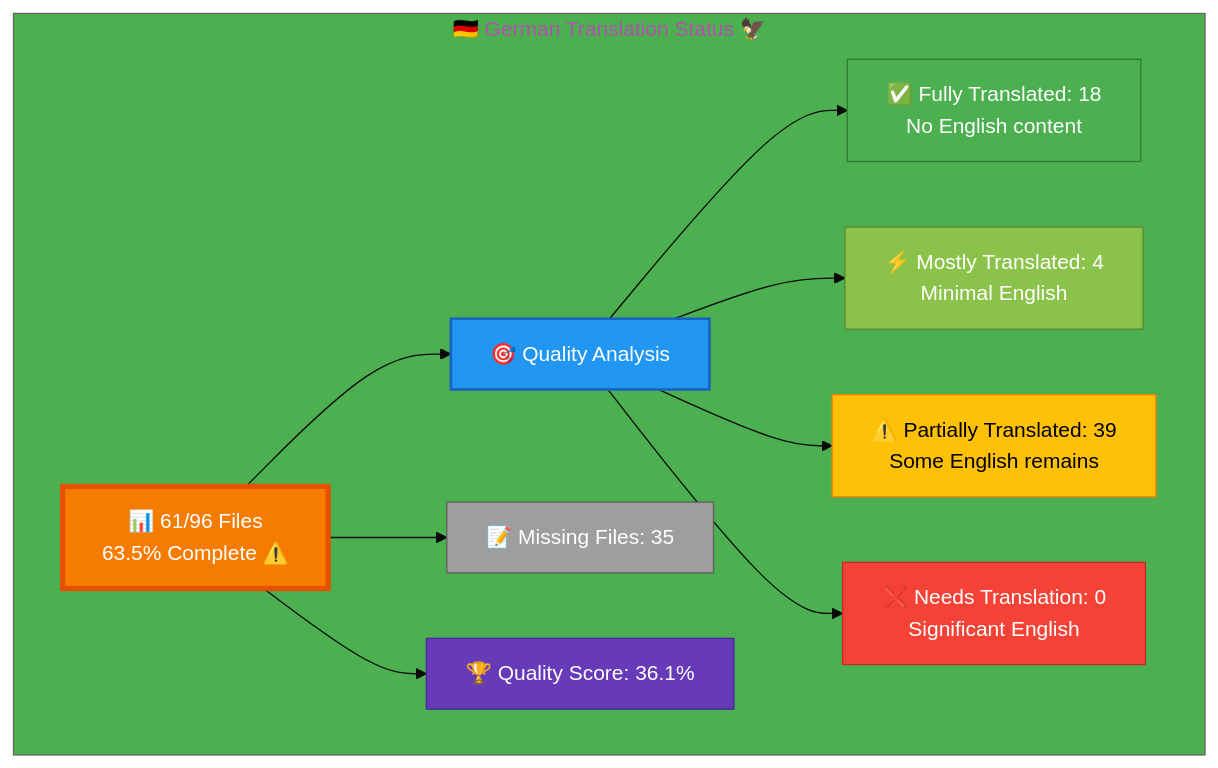
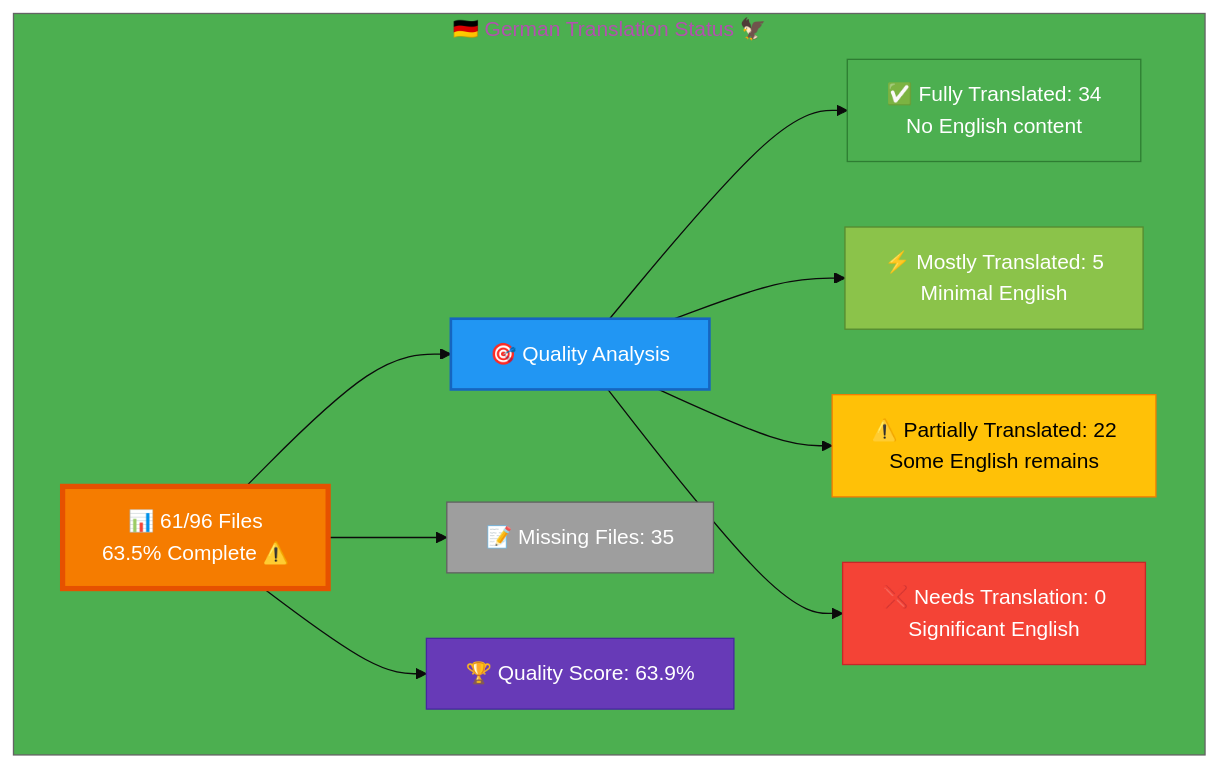
One commit to Hack23/homepage changed the diagram in German-Translation-Status.md. Above: the diagram before and after it, drawn with Mermaid.

Commit message:
Update German translation status visual diagram to reflect 63.9% quality score

````diff
--- a/German-Translation-Status.md
+++ b/German-Translation-Status.md
@@ -12,26 +12,26 @@
 ```mermaid
 %%{init: {'theme':'base', 'themeVariables': {'primaryColor':'#F57C00','secondaryColor':'#2196F3','tertiaryColor':'#4CAF50','fontSize':'16px'}}}%%
 graph TB
     subgraph "🇩🇪 German Translation Status 🦅"
         A["📊 61/96 Files<br/>63.5% Complete ⚠️"]
         
         A --> B["🎯 Quality Analysis"]
-        B --> C["✅ Fully Translated: 18<br/>No English content"]
-        B --> D["⚡ Mostly Translated: 4<br/>Minimal English"]
-        B --> E["⚠️  Partially Translated: 39<br/>Some English remains"]
+        B --> C["✅ Fully Translated: 34<br/>No English content"]
+        B --> D["⚡ Mostly Translated: 5<br/>Minimal English"]
+        B --> E["⚠️  Partially Translated: 22<br/>Some English remains"]
         B --> F["❌ Needs Translation: 0<br/>Significant English"]
         
         A --> G["📝 Missing Files: 35"]
         
-        A --> H["🏆 Quality Score: 36.1%"]
+        A --> H["🏆 Quality Score: 63.9%"]
         
         style A fill:#F57C00,stroke:#E65100,color:#fff,stroke-width:4px
         style B fill:#2196F3,stroke:#1565C0,color:#fff,stroke-width:2px
         style C fill:#4CAF50,stroke:#2E7D32,color:#fff
         style D fill:#8BC34A,stroke:#558B2F,color:#fff
         style E fill:#FFC107,stroke:#F57C00,color:#000
         style F fill:#F44336,stroke:#C62828,color:#fff
         style G fill:#9E9E9E,stroke:#616161,color:#fff
         style H fill:#673AB7,stroke:#4527A0,color:#fff
     end
 ```
````
